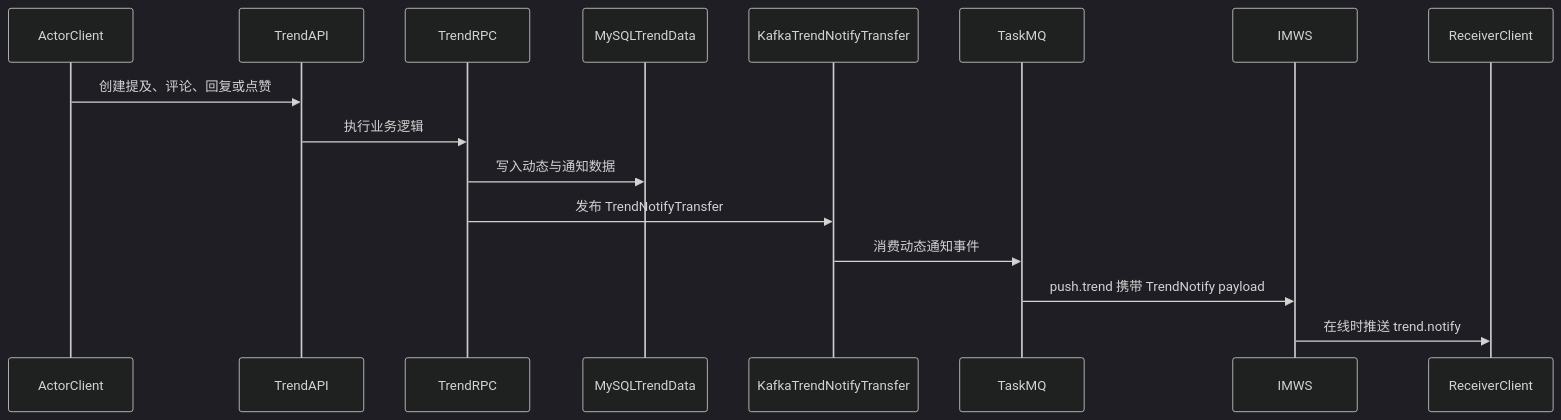
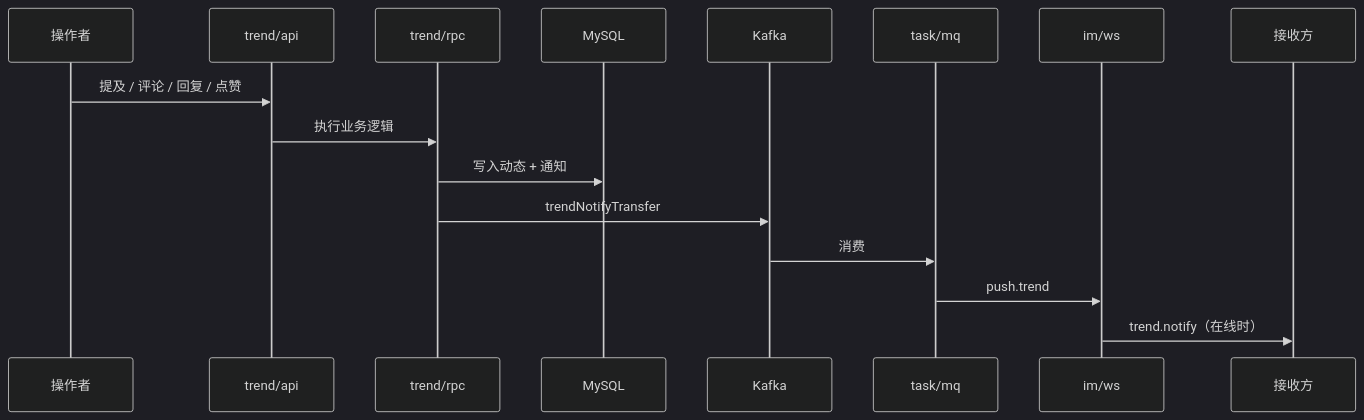
The fourth of 6 diagrams in docs/README.zh-CN.md (iceymoss/go-hichat-api), drawn with Mermaid (dark theme) before and after one commit. The commit also changed other lines of this file and 1 other file, not shown here.

First line of the commit message:
docs: humanize sequence diagrams and fix Go version

````diff
--- a/docs/README.zh-CN.md
+++ b/docs/README.zh-CN.md
@@ -148,10 +168,18 @@
 ```mermaid
 sequenceDiagram
-  ActorClient->>TrendAPI: 创建提及、评论、回复或点赞
-  TrendAPI->>TrendRPC: 执行业务逻辑
-  TrendRPC->>MySQLTrendData: 写入动态与通知数据
-  TrendRPC->>KafkaTrendNotifyTransfer: 发布 TrendNotifyTransfer
-  KafkaTrendNotifyTransfer->>TaskMQ: 消费动态通知事件
-  TaskMQ->>IMWS: push.trend 携带 TrendNotify payload
-  IMWS->>ReceiverClient: 在线时推送 trend.notify
+  participant C as 操作者
+  participant API as trend/api
+  participant RPC as trend/rpc
+  participant DB as MySQL
+  participant K as Kafka
+  participant MQ as task/mq
+  participant WS as im/ws
+  participant R as 接收方
+  C->>API: 提及 / 评论 / 回复 / 点赞
+  API->>RPC: 执行业务逻辑
+  RPC->>DB: 写入动态 + 通知
+  RPC->>K: trendNotifyTransfer
+  K->>MQ: 消费
+  MQ->>WS: push.trend
+  WS->>R: trend.notify（在线时）
 ```
````
